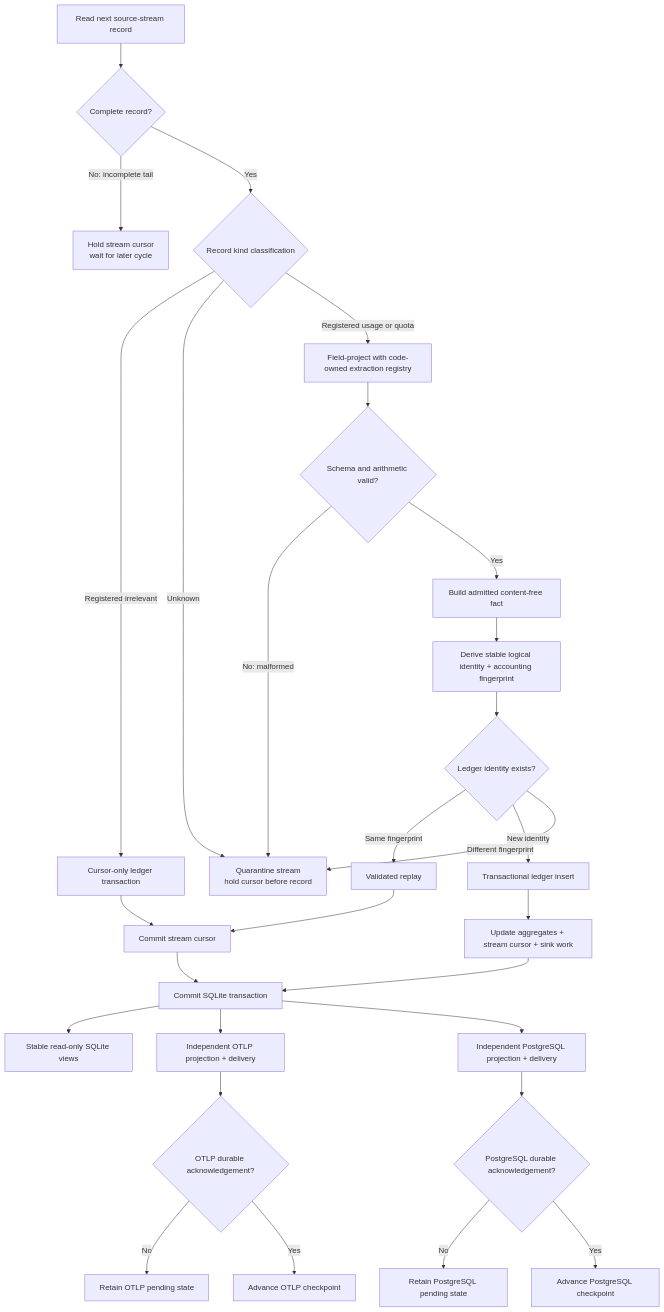
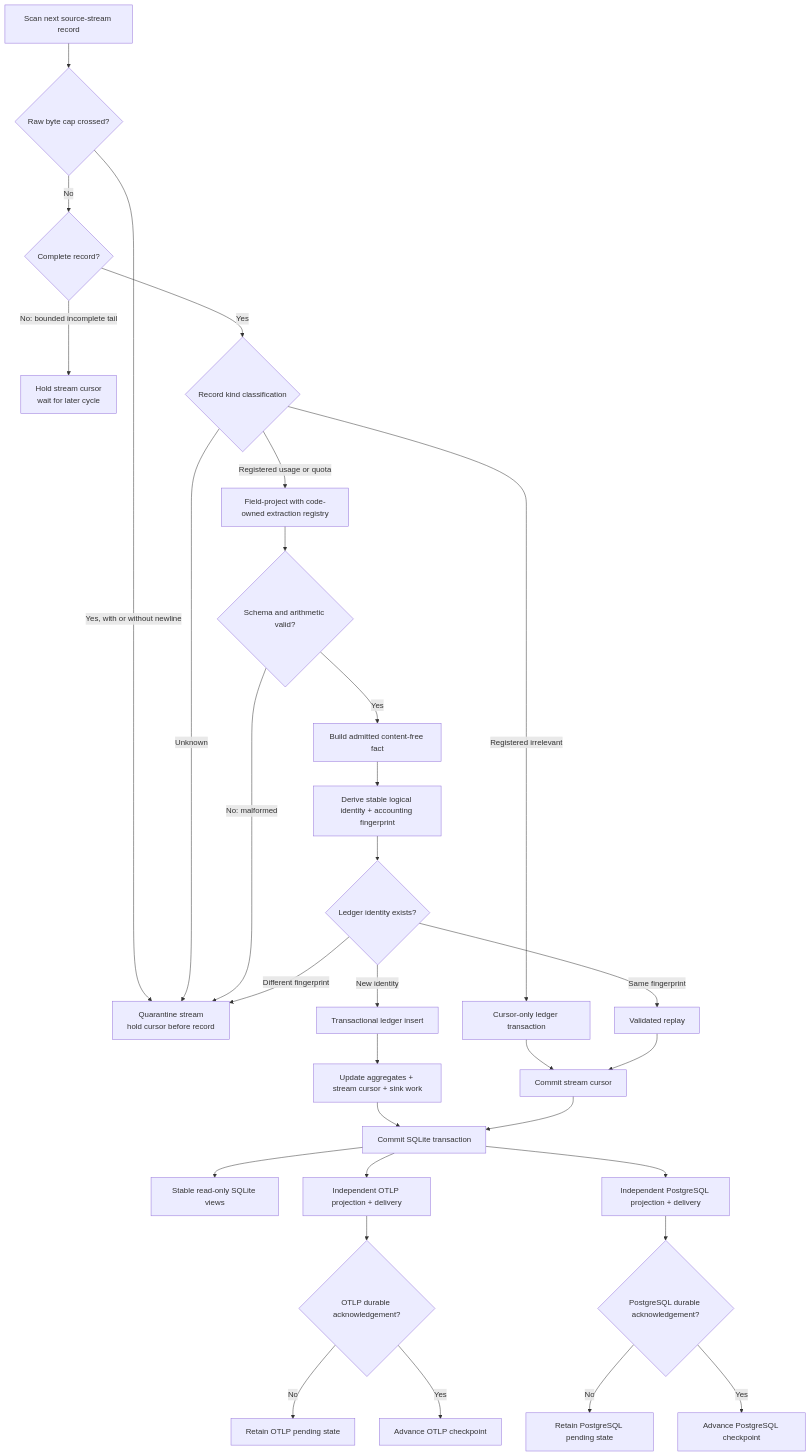
Before and after one commit to Tzeusy/ai-bootstrap: the diagram in projects/ai-usage-telemetry/about/lay-and-land/data-flow.md, drawn with Mermaid. The commit also changed other lines of this file and 21 other files, not shown here.

````diff
--- a/projects/ai-usage-telemetry/about/lay-and-land/data-flow.md
+++ b/projects/ai-usage-telemetry/about/lay-and-land/data-flow.md
@@ -9,31 +9,33 @@
 ```mermaid
 flowchart TD
-    A[Read next source-stream record] --> B{Complete record?}
-    B -->|No: incomplete tail| C[Hold stream cursor\nwait for later cycle]
+    A[Scan next source-stream record] --> Z{Raw byte cap crossed?}
+    Z -->|Yes, with or without newline| F[Quarantine stream\nhold cursor before record]
+    Z -->|No| B{Complete record?}
+    B -->|No: bounded incomplete tail| C[Hold stream cursor\nwait for later cycle]
     B -->|Yes| D{Record kind classification}
     D -->|Registered irrelevant| E[Cursor-only ledger transaction]
     D -->|Unknown| F[Quarantine stream\nhold cursor before record]
     D -->|Registered usage or quota| G[Field-project with code-owned extraction registry]
     G --> H{Schema and arithmetic valid?}
     H -->|No: malformed| F
     H -->|Yes| I[Build admitted content-free fact]
     I --> J[Derive stable logical identity + accounting fingerprint]
     J --> K{Ledger identity exists?}
     K -->|Same fingerprint| L[Validated replay]
     K -->|New identity| M[Transactional ledger insert]
     K -->|Different fingerprint| F
     E --> N[Commit stream cursor]
     L --> N
     M --> O[Update aggregates + stream cursor + sink work]
     O --> P[Commit SQLite transaction]
     N --> P
     P --> Q[Stable read-only SQLite views]
     P --> R[Independent OTLP projection + delivery]
     P --> S[Independent PostgreSQL projection + delivery]
     R --> T{OTLP durable acknowledgement?}
     S --> U{PostgreSQL durable acknowledgement?}
     T -->|No| V[Retain OTLP pending state]
     U -->|No| W[Retain PostgreSQL pending state]
     T -->|Yes| X[Advance OTLP checkpoint]
     U -->|Yes| Y[Advance PostgreSQL checkpoint]
 ```
````
